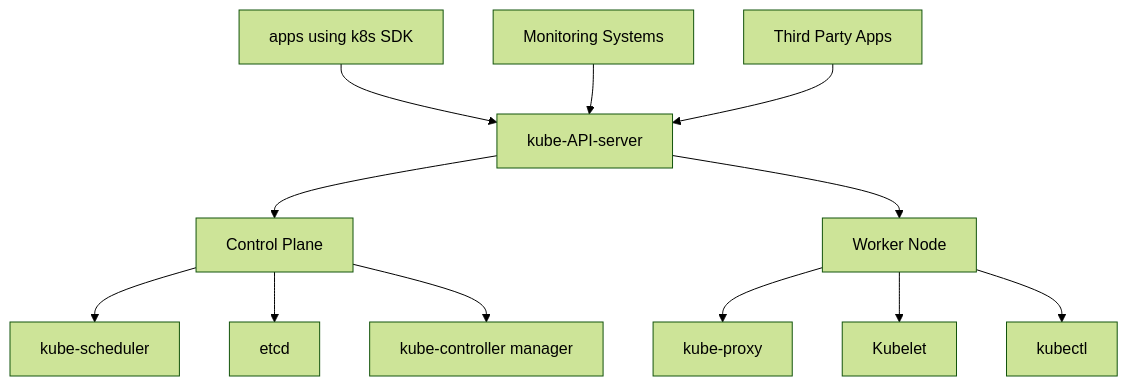
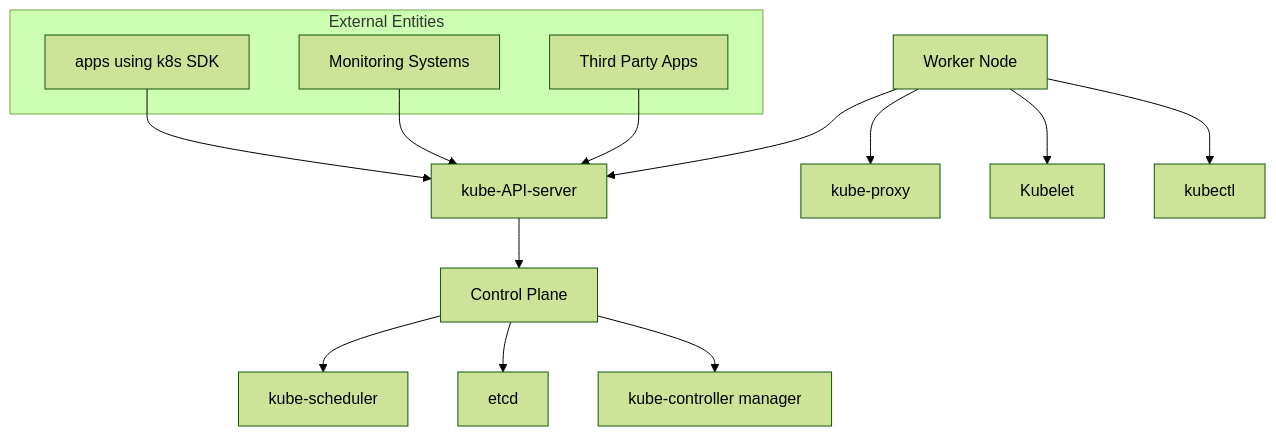
One commit to 007chiragshah/tucana changed the first of 2 diagrams in Architecture_Overview.md. Above: the diagram before and after it, drawn with Mermaid (forest theme).

````diff
--- a/Architecture_Overview.md
+++ b/Architecture_Overview.md
@@ -20,17 +20,22 @@
   ```mermaid 
   graph TD
     A[kube-API-server] --> B[Control Plane]
     B --> C[kube-scheduler]
     B --> D[etcd]
     B --> E[kube-controller manager]
 
     F[Worker Node] --> G[kube-proxy]
     F --> H[Kubelet]
     F --> I[kubectl]
-
-    A --> F
-    J[apps using k8s SDK] --> A
-    K[Monitoring Systems] --> A
-    L[Third Party Apps] --> A
-
+    
+    subgraph "External Entities"
+        J[apps using k8s SDK]
+        K[Monitoring Systems]
+        L[Third Party Apps]
+    end
+    
+    J --> A
+    K --> A
+    L --> A
+    F --> A
   ```
````
